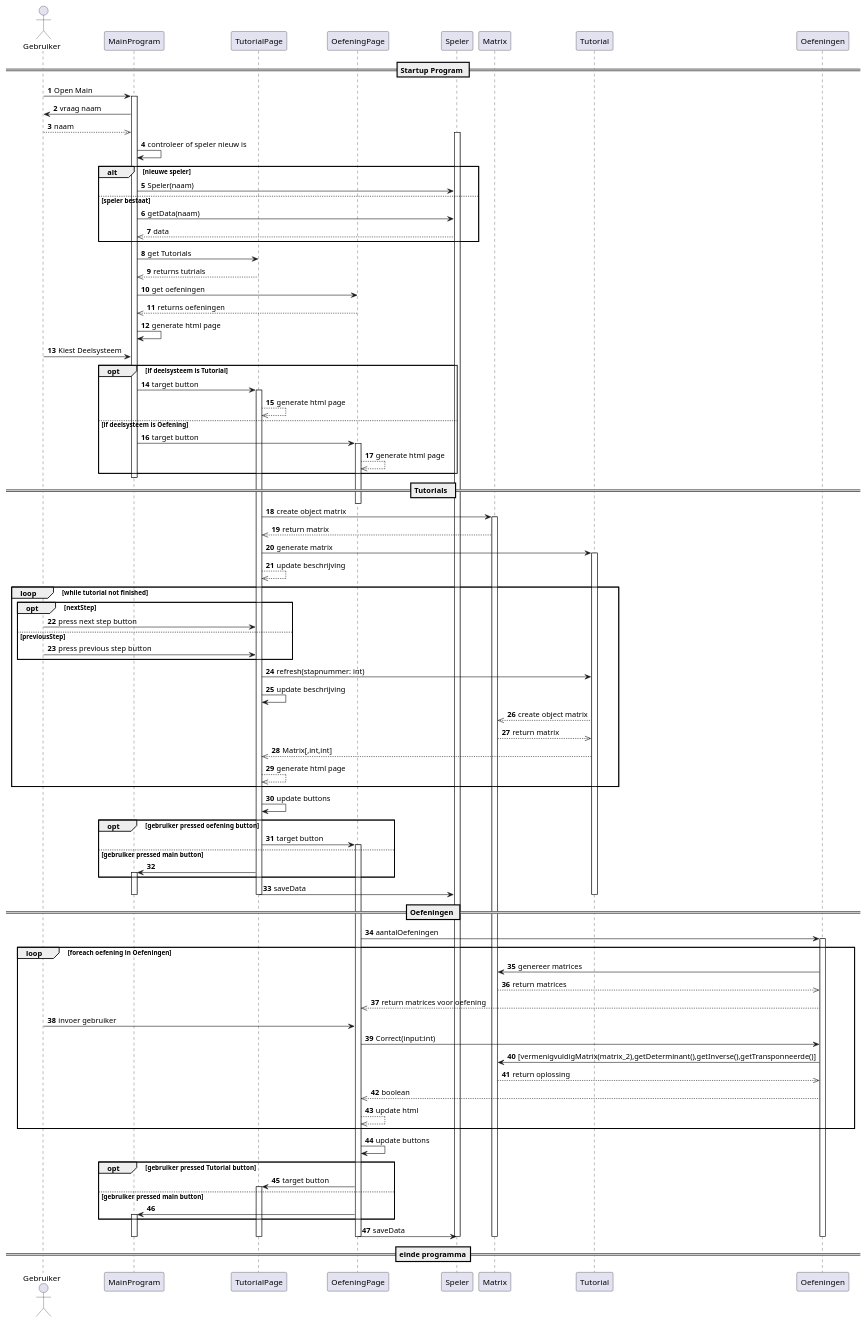
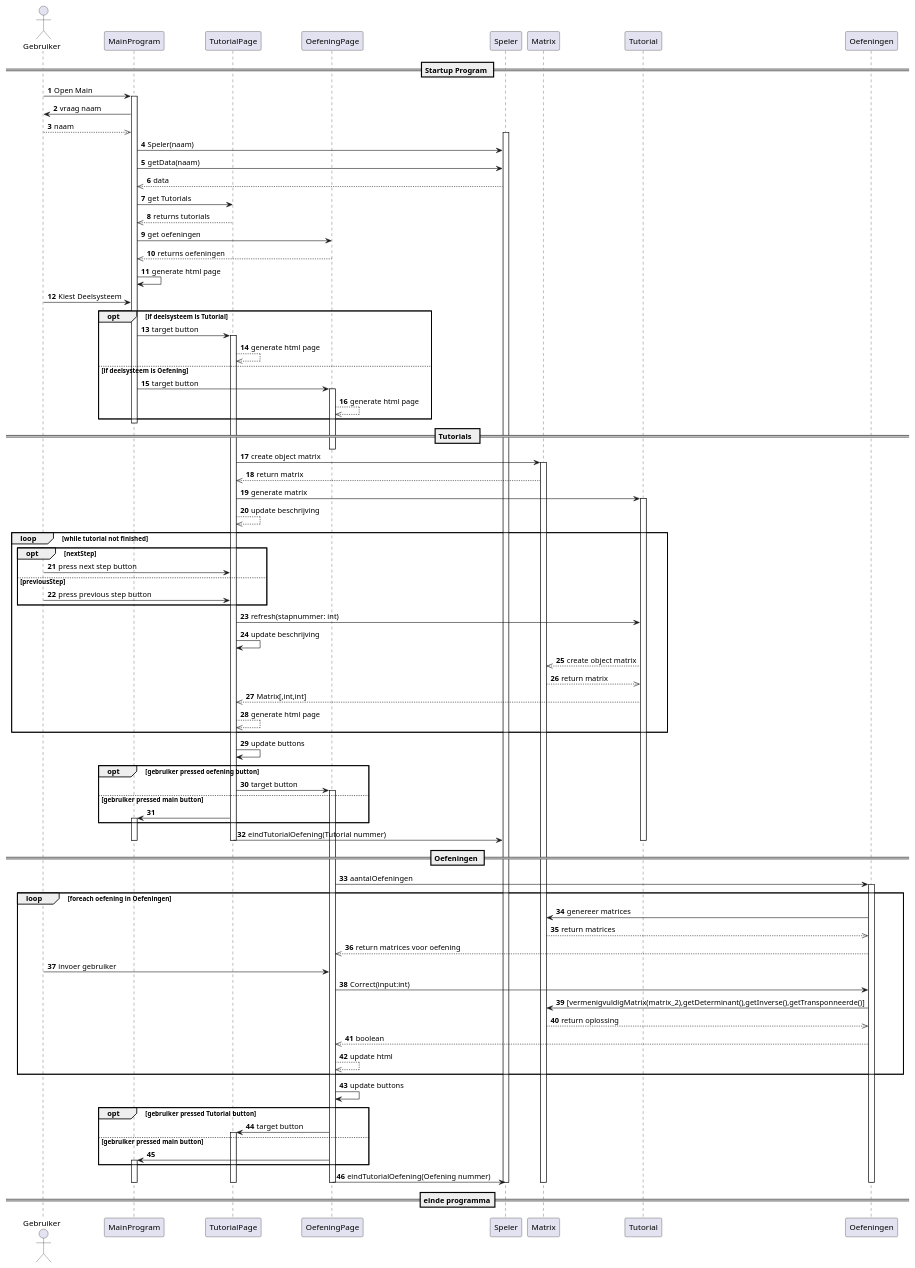
One commit to rtalwar2/WELCOME-TO-THE-MATRIX changed the diagram in Analyse/Sequentiediagram.plantuml. Above: the diagram before and after it, drawn with PlantUML. The commit also changed 1 other file, not shown here.

Commit message:
Kasse en sequentiediagram aanpassen voor Speler.js

```diff
--- a/Analyse/Sequentiediagram.plantuml
+++ b/Analyse/Sequentiediagram.plantuml
@@ -1,122 +1,120 @@
 @startuml
 autonumber
 
 actor Gebruiker
 participant MainProgram
 participant TutorialPage
 participant OefeningPage
 
 == Startup Program ==
 Gebruiker ->  MainProgram: Open Main
 activate MainProgram
 MainProgram->Gebruiker:vraag naam
 Gebruiker-->>MainProgram:naam
+
 activate Speler
-MainProgram->MainProgram:controleer of speler nieuw is
-alt nieuwe speler
-    MainProgram->Speler:Speler(naam)
-else speler bestaat
-    MainProgram->Speler:getData(naam)
-    Speler-->>MainProgram:data
-end
+MainProgram->Speler:Speler(naam)
+MainProgram->Speler:getData(naam)
+Speler-->>MainProgram:data
+
 
 MainProgram -> TutorialPage :get Tutorials
-TutorialPage-->>MainProgram: returns tutrials
+TutorialPage-->>MainProgram: returns tutorials
 MainProgram -> OefeningPage :get oefeningen
 OefeningPage-->>MainProgram: returns oefeningen
 
 MainProgram -> MainProgram: generate html page
 Gebruiker -> MainProgram: Kiest Deelsysteem
 
 opt if deelsysteem is Tutorial
     MainProgram->TutorialPage: target button
     activate TutorialPage
     TutorialPage -->> TutorialPage: generate html page
     
  else if deelsysteem is Oefening
     
     MainProgram->OefeningPage: target button
     activate OefeningPage
     OefeningPage -->> OefeningPage: generate html page
 
 end
 deactivate MainProgram
 
 == Tutorials  == 
 deactivate OefeningPage
 TutorialPage -> Matrix: create object matrix
 activate Matrix
 Matrix-->>TutorialPage:return matrix
 TutorialPage -> Tutorial: generate matrix
 activate Tutorial
 TutorialPage -->> TutorialPage:update beschrijving
 loop while tutorial not finished
     opt nextStep
     Gebruiker->TutorialPage: press next step button
     else previousStep
     Gebruiker->TutorialPage: press previous step button
 
 end    
     TutorialPage -> Tutorial: refresh(stapnummer: int) 
     TutorialPage -> TutorialPage: update beschrijving
     Tutorial-->>Matrix: create object matrix
     Matrix-->> Tutorial: return matrix
     Tutorial-->>TutorialPage: Matrix[,int,int]
     ' afhankelijk van welke tutorial je doet kan de refresh methode andere data teruggeven
     ' Er wordt een nieuw matrix object gemaakt en teruggegeven
     TutorialPage -->> TutorialPage: generate html page
 end
 TutorialPage->TutorialPage:update buttons
 
 opt gebruiker pressed oefening button
     TutorialPage->OefeningPage:target button
     activate OefeningPage
    else  gebruiker pressed main button
    TutorialPage->MainProgram
  activate MainProgram
 end
-TutorialPage->Speler:saveData
+TutorialPage->Speler:eindTutorialOefening(Tutorial nummer)
 deactivate MainProgram
 deactivate TutorialPage
 deactivate Tutorial
 == Oefeningen == 
 
 OefeningPage-> Oefeningen: aantalOefeningen
 activate Oefeningen
 loop foreach oefening in Oefeningen
 Oefeningen -> Matrix: genereer matrices
 Matrix -->> Oefeningen: return matrices
 Oefeningen -->> OefeningPage: return matrices voor oefening
 Gebruiker -> OefeningPage: invoer gebruiker
 OefeningPage -> Oefeningen: Correct(input:int)
 Oefeningen -> Matrix: [vermenigvuldigMatrix(matrix_2),getDeterminant(),getInverse(),getTransponneerde()]
 Matrix -->> Oefeningen: return oplossing
 Oefeningen -->> OefeningPage: boolean
 OefeningPage -->> OefeningPage: update html
 ' Gebruiker->OefeningPage:hint pressed
 ' OefeningPage->Oefeningen:show hint
 ' Oefeningen-->>OefeningPage: return hint
 end
 OefeningPage->OefeningPage:update buttons
 
 opt gebruiker pressed Tutorial button
     TutorialPage<-OefeningPage:target button
     activate TutorialPage
    else  gebruiker pressed main button
    OefeningPage->MainProgram
  activate MainProgram
 end
 
-OefeningPage->Speler:saveData
+OefeningPage->Speler:eindTutorialOefening(Oefening nummer)
 deactivate TutorialPage
 deactivate OefeningPage
 deactivate Oefeningen
 ==einde programma==
 deactivate Matrix
 deactivate Speler
 deactivate TutorialPage
 deactivate Tutorial
 deactivate OefeningPage
 deactivate Oefeningen
 deactivate MainProgram
 @enduml
```
